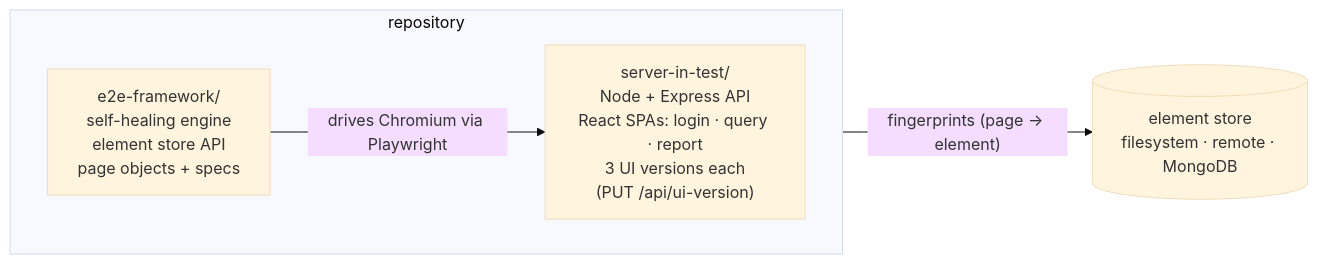
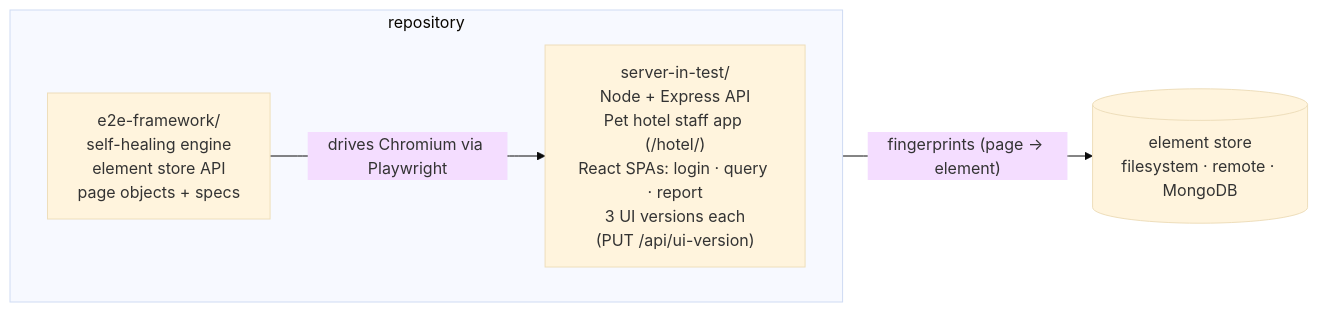
One commit to immer-b/self-healing-e2e-tests changed the first of 2 diagrams in README.md. Above: the diagram before and after it, drawn with Mermaid (base theme). The commit also changed other lines of this file and 4 other files, not shown here.

Commit message:
Document the pet hotel, log status and add the improvement queue

````diff
--- a/README.md
+++ b/README.md
@@ -7,10 +9,10 @@
 ```mermaid
 flowchart LR
   subgraph repo[repository]
     direction LR
-    SIT["server-in-test/<br/>Node + Express API<br/>React SPAs: login · query · report<br/>3 UI versions each<br/>(PUT /api/ui-version)"]
+    SIT["server-in-test/<br/>Node + Express API<br/>Pet hotel staff app (/hotel/)<br/>React SPAs: login · query · report<br/>3 UI versions each<br/>(PUT /api/ui-version)"]
     FW["e2e-framework/<br/>self-healing engine<br/>element store API<br/>page objects + specs"]
   end
   FW -- "drives Chromium via Playwright" --> SIT
   FW -- "fingerprints (page → element)" --> STORE[("element store<br/>filesystem · remote · MongoDB")]
 ```
````
